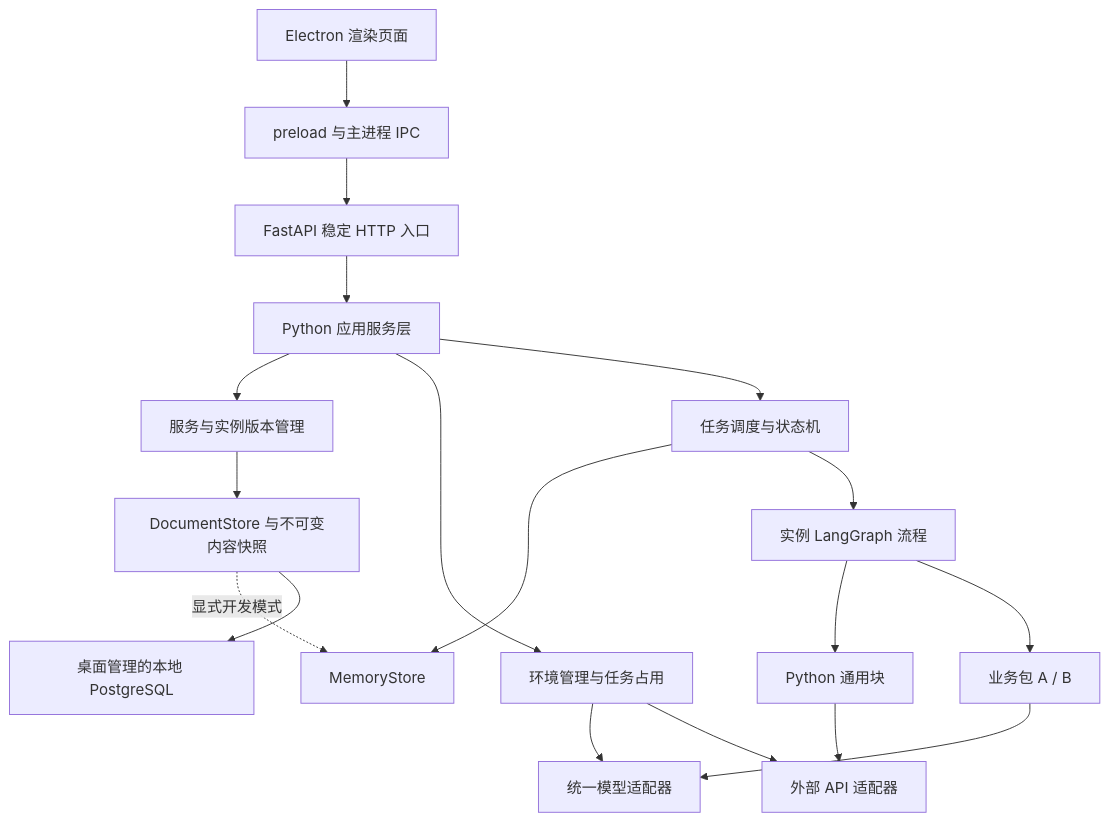
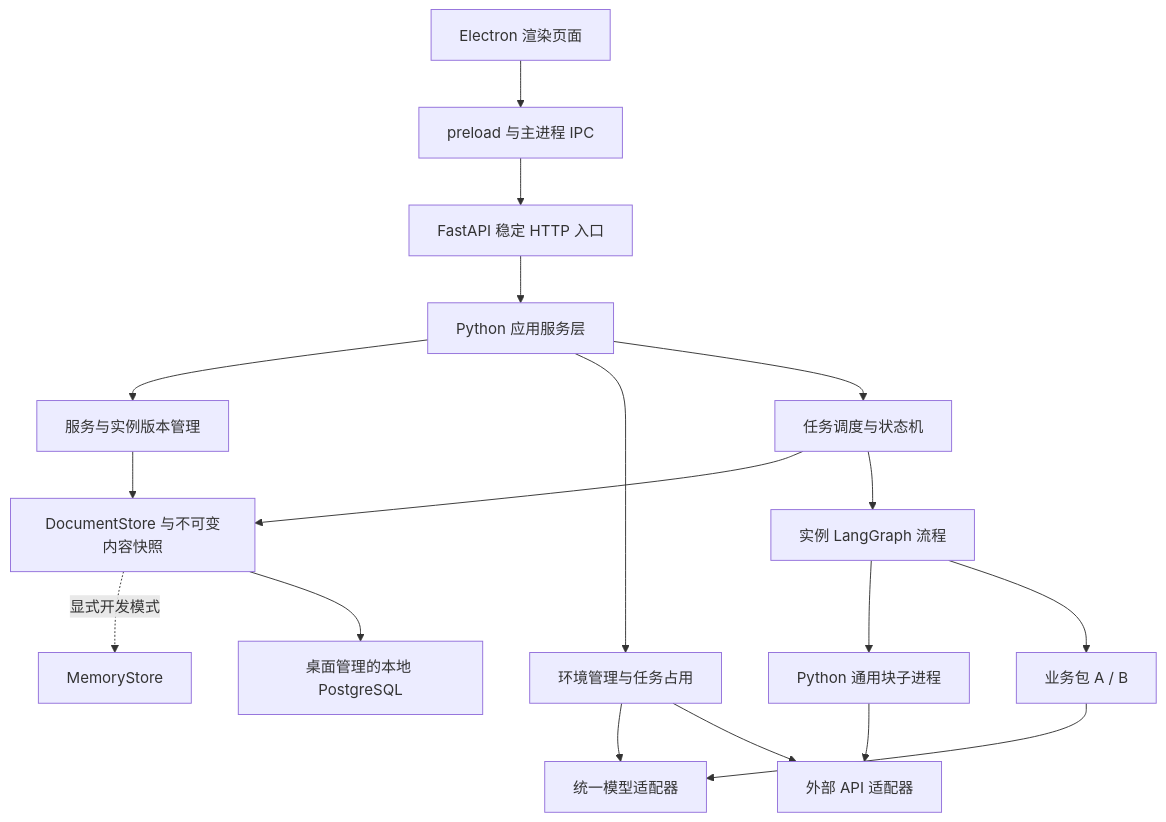
Before and after one commit to Xu-Morgen/agent-platform: the first of 2 diagrams in docs/architecture-design.md, drawn with Mermaid. The commit also changed other lines of this file and 21 other files, not shown here.

````diff
--- a/docs/architecture-design.md
+++ b/docs/architecture-design.md
@@ -60,20 +62,20 @@
 ```mermaid
 flowchart TB
     UI[Electron 渲染页面] --> IPC[preload 与主进程 IPC]
     IPC --> HTTP[FastAPI 稳定 HTTP 入口]
     HTTP --> APP[Python 应用服务层]
     APP --> SERVICES[服务与实例版本管理]
     APP --> ENV[环境管理与任务占用]
     APP --> RUN[任务调度与状态机]
     SERVICES --> STORE[DocumentStore 与不可变内容快照]
     STORE -. 显式开发模式 .-> MEM[MemoryStore]
-    RUN --> MEM
+    RUN --> STORE
     STORE --> PG[桌面管理的本地 PostgreSQL]
     RUN --> FLOW[实例 LangGraph 流程]
-    FLOW --> BLOCK[Python 通用块]
+    FLOW --> BLOCK[Python 通用块子进程]
     FLOW --> PKG[业务包 A / B]
     PKG --> MODEL[统一模型适配器]
     BLOCK --> API[外部 API 适配器]
     ENV --> MODEL
     ENV --> API
 ```
````
